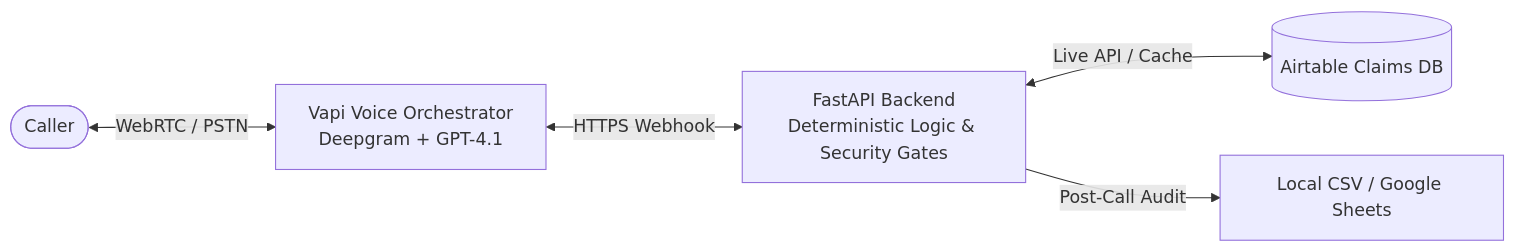
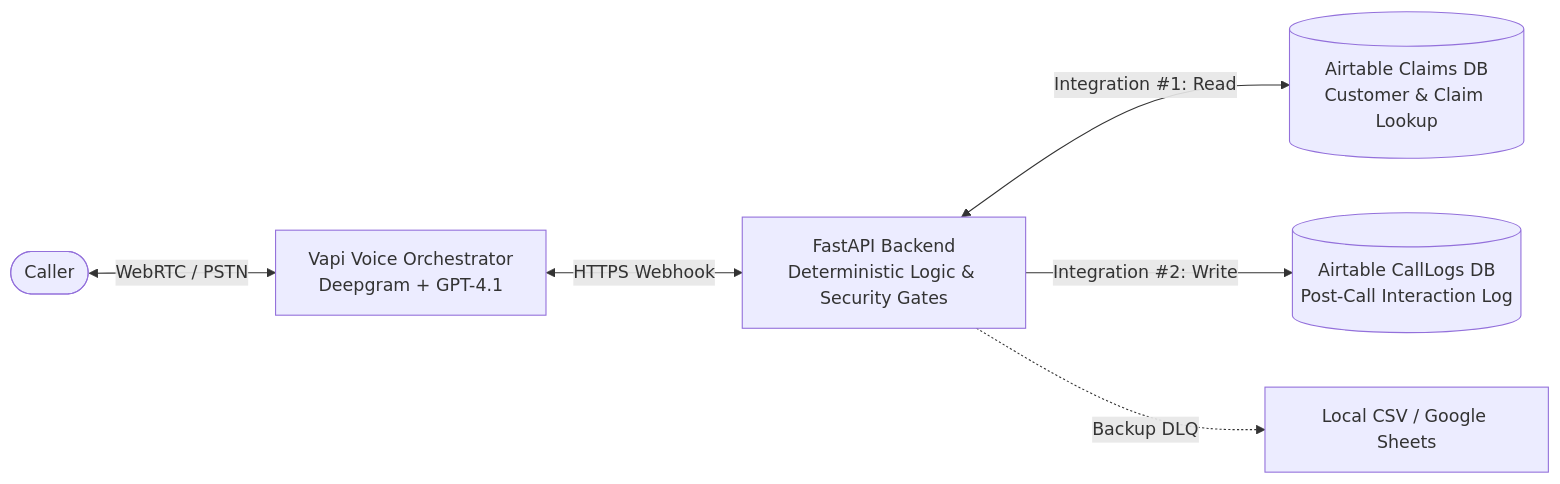
One commit to uds822/voice-ai-claims-assistant changed the diagram in README.md. Above: the diagram before and after it, drawn with Mermaid. The commit also changed other lines of this file and 9 other files, not shown here.

````diff
--- a/README.md
+++ b/README.md
@@ -11,7 +11,8 @@
 ```mermaid
 flowchart LR
     Caller([Caller]) <-->|WebRTC / PSTN| Vapi[Vapi Voice Orchestrator\nDeepgram + GPT-4.1]
     Vapi <-->|HTTPS Webhook| FastAPI[FastAPI Backend\nDeterministic Logic & Security Gates]
-    FastAPI <-->|Live API / Cache| Airtable[(Airtable Claims DB)]
-    FastAPI -->|Post-Call Audit| AuditLog[Local CSV / Google Sheets]
+    FastAPI <-->|Integration #1: Read| AirtableClaims[(Airtable Claims DB\nCustomer & Claim Lookup)]
+    FastAPI -->|Integration #2: Write| AirtableLogs[(Airtable CallLogs DB\nPost-Call Interaction Log)]
+    FastAPI -.->|Backup DLQ| AuditLog[Local CSV / Google Sheets]
 ```
````
